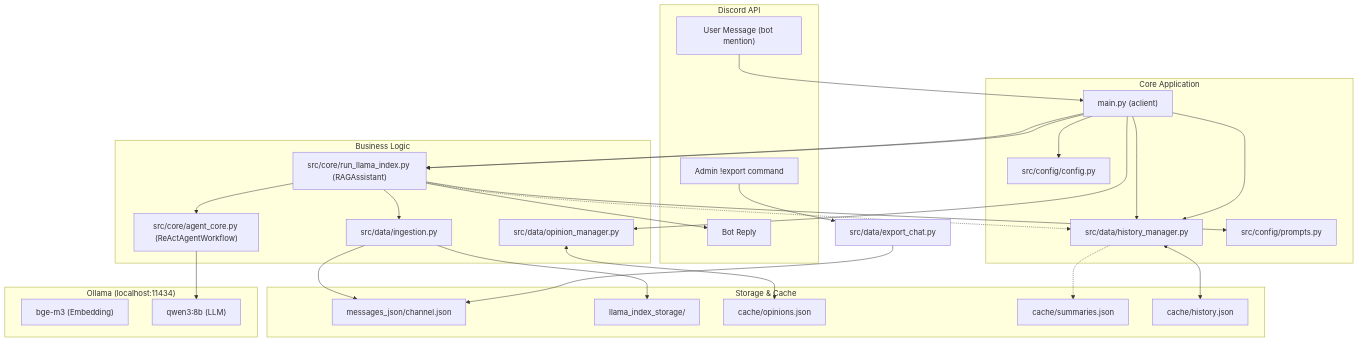
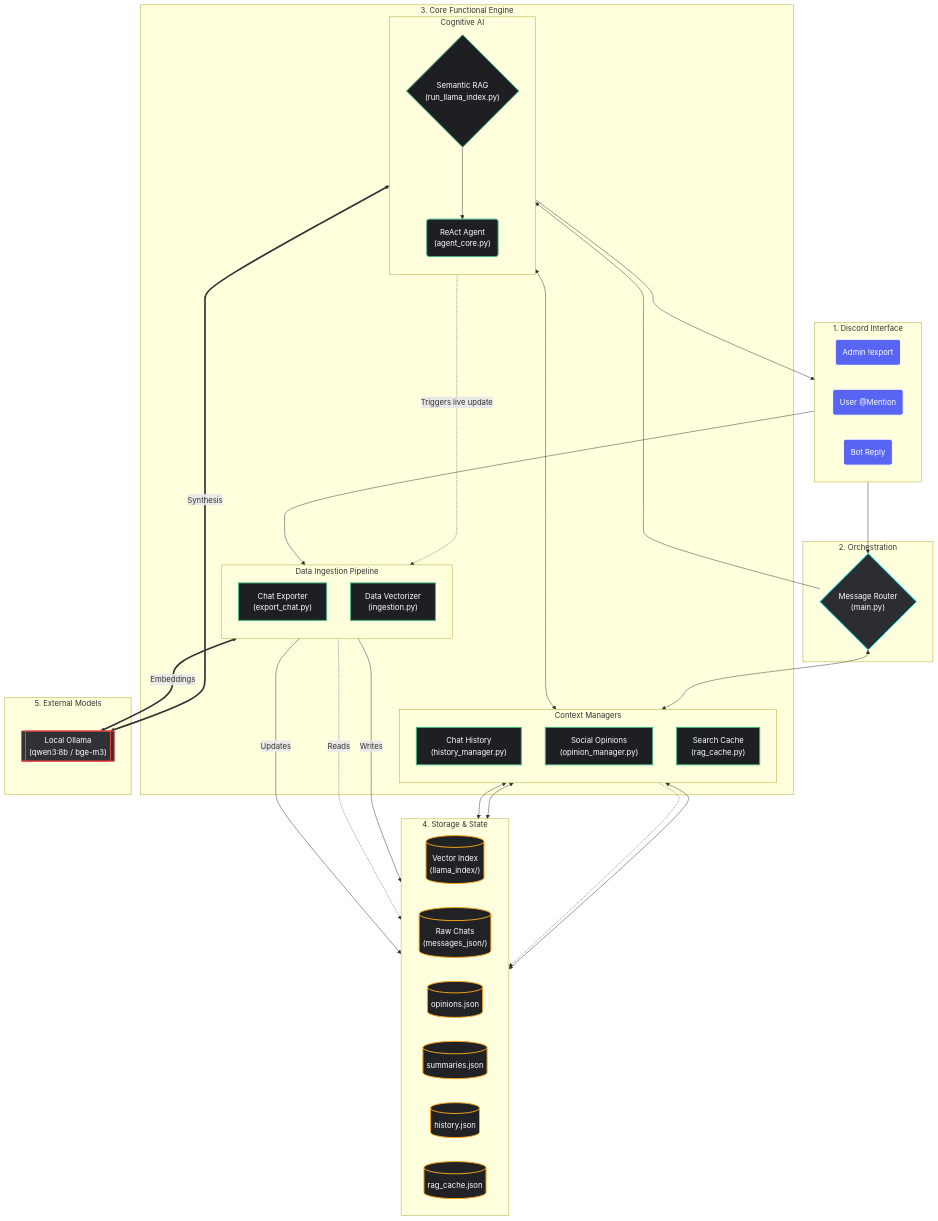
The first of 2 diagrams in architecture.md (vp-1591/discord-assistant), drawn with Mermaid before and after one commit. The commit also changed other lines of this file and 3 other files, not shown here.

Commit message:
docs: update documentation and make mermaid diagram readable

````diff
--- a/architecture.md
+++ b/architecture.md
@@ -7,65 +6,88 @@
 ```mermaid
 flowchart TD
-    subgraph Discord["Discord API"]
-        D_MSG["User Message (bot mention)"]
-        D_EXPORT["Admin !export command"]
-        D_REPLY["Bot Reply"]
+    %% Define Styling
+    classDef discord fill:#5865F2,stroke:#fff,stroke-width:2px,color:#fff;
+    classDef app fill:#2B2D31,stroke:#00E5FF,stroke-width:2px,color:#fff;
+    classDef logic fill:#1E1F22,stroke:#43B581,stroke-width:2px,color:#fff;
+    classDef storage fill:#202225,stroke:#FAA61A,stroke-width:2px,color:#fff;
+    classDef ai fill:#2f3136,stroke:#F04747,stroke-width:2px,color:#fff;
+
+    %% 1. Interface
+    subgraph Discord ["1. Discord Interface"]
+        direction LR
+        D_EXPORT("Admin !export"):::discord
+        D_MSG("User @Mention"):::discord
+        D_REPLY("Bot Reply"):::discord
     end
 
-    subgraph App["Core Application"]
-        MAIN["main.py (aclient)"]
-        HIST["src/data/history_manager.py"]
-        CONFIG["src/config/config.py"]
-        PROMPTS["src/config/prompts.py"]
+    %% 2. Entry & Routing
+    subgraph Routing ["2. Orchestration"]
+        MAIN{"Message Router<br/>(main.py)"}:::app
     end
 
-    subgraph Logic["Business Logic"]
-        RAG_A["src/core/run_llama_index.py (RAGAssistant)"]
-        AGENT_C["src/core/agent_core.py (ReActAgentWorkflow)"]
-        INGEST["src/data/ingestion.py"]
-        OP_M["src/data/opinion_manager.py"]
+    %% 3. Main Logic Trees
+    subgraph Engine ["3. Core Functional Engine"]
+        
+        subgraph Pipeline ["Data Ingestion Pipeline"]
+            direction TB
+            EXPORT_FN["Chat Exporter<br/>(export_chat.py)"]:::logic
+            INGEST["Data Vectorizer<br/>(ingestion.py)"]:::logic
+        end
+
+        subgraph Cognition ["Cognitive AI"]
+            direction TB
+            RAG_A{"Semantic RAG<br/>(run_llama_index.py)"}:::logic
+            AGENT_C("ReAct Agent<br/>(agent_core.py)"):::logic
+        end
+
+        subgraph Context ["Context Managers"]
+            direction TB
+            HIST["Chat History<br/>(history_manager.py)"]:::logic
+            OP_M["Social Opinions<br/>(opinion_manager.py)"]:::logic
+            RAG_C["Search Cache<br/>(rag_cache.py)"]:::logic
+        end
     end
 
-    subgraph Storage["Storage & Cache"]
-        JSON_FILES["messages_json/channel.json"]
-        SAVED_IDX["llama_index_storage/"]
-        OP_DB["cache/opinions.json"]
-        SUM_DB["cache/summaries.json"]
-        HIST_DB["cache/history.json"]
+    %% 4. Data Layer
+    subgraph Storage ["4. Storage & State"]
+        direction LR
+        SAVED_IDX[("Vector Index<br/>(llama_index/)")]:::storage
+        JSON_FILES[("Raw Chats<br/>(messages_json/)")]:::storage
+        
+        OP_DB[("opinions.json")]:::storage
+        SUM_DB[("summaries.json")]:::storage
+        HIST_DB[("history.json")]:::storage
+        RAG_CACHE_DB[("rag_cache.json")]:::storage
     end
 
-    subgraph Ollama["Ollama (localhost:11434)"]
-        EMBED_MODEL["bge-m3 (Embedding)"]
-        LLM_MODEL["qwen3:8b (LLM)"]
+    %% 5. Services
+    subgraph Services ["5. External Models"]
+        OLLAMA[["Local Ollama<br/>(qwen3:8b / bge-m3)"]]:::ai
     end
 
-    %% Startup Flow
-    MAIN --> CONFIG
-    MAIN --> HIST
-    MAIN --> RAG_A
-    RAG_A --> INGEST
-    INGEST --> SAVED_IDX
-    INGEST --> JSON_FILES
+    %% --- Connection Flow ---
 
-    %% Message Flow
-    D_MSG --> MAIN
-    MAIN --> HIST
+    D_MSG ---> MAIN
+    MAIN <--> Context
+    MAIN ---> RAG_A
+    RAG_A ---> D_REPLY
+
+    D_EXPORT ---> EXPORT_FN
+    EXPORT_FN --->|Writes| JSON_FILES
+    INGEST -.->|Reads| JSON_FILES
+    INGEST --->|Updates| SAVED_IDX
+
+    RAG_A <--> RAG_C
+    RAG_A ---> AGENT_C
+    RAG_A -.->|"Triggers live update"| INGEST
+
+    %% Context I/O
     HIST <--> HIST_DB
-    MAIN --> OP_M
+    HIST -.-> SUM_DB
     OP_M <--> OP_DB
-    
-    MAIN --> RAG_A
-    RAG_A --> PROMPTS
-    RAG_A --> AGENT_C
-    AGENT_C --> LLM_MODEL
-    
-    RAG_A --> D_REPLY
-    
-    %% Background Work
-    RAG_A -.-> HIST
-    HIST -.-> SUM_DB
+    RAG_C <--> RAG_CACHE_DB
 
-    %% Export Flow
-    D_EXPORT --> EXPORT_FN["src/data/export_chat.py"]
-    EXPORT_FN --> JSON_FILES
+    %% Inference
+    AGENT_C <==>|"Synthesis"| OLLAMA
+    INGEST <==>|"Embeddings"| OLLAMA
 ```
````
